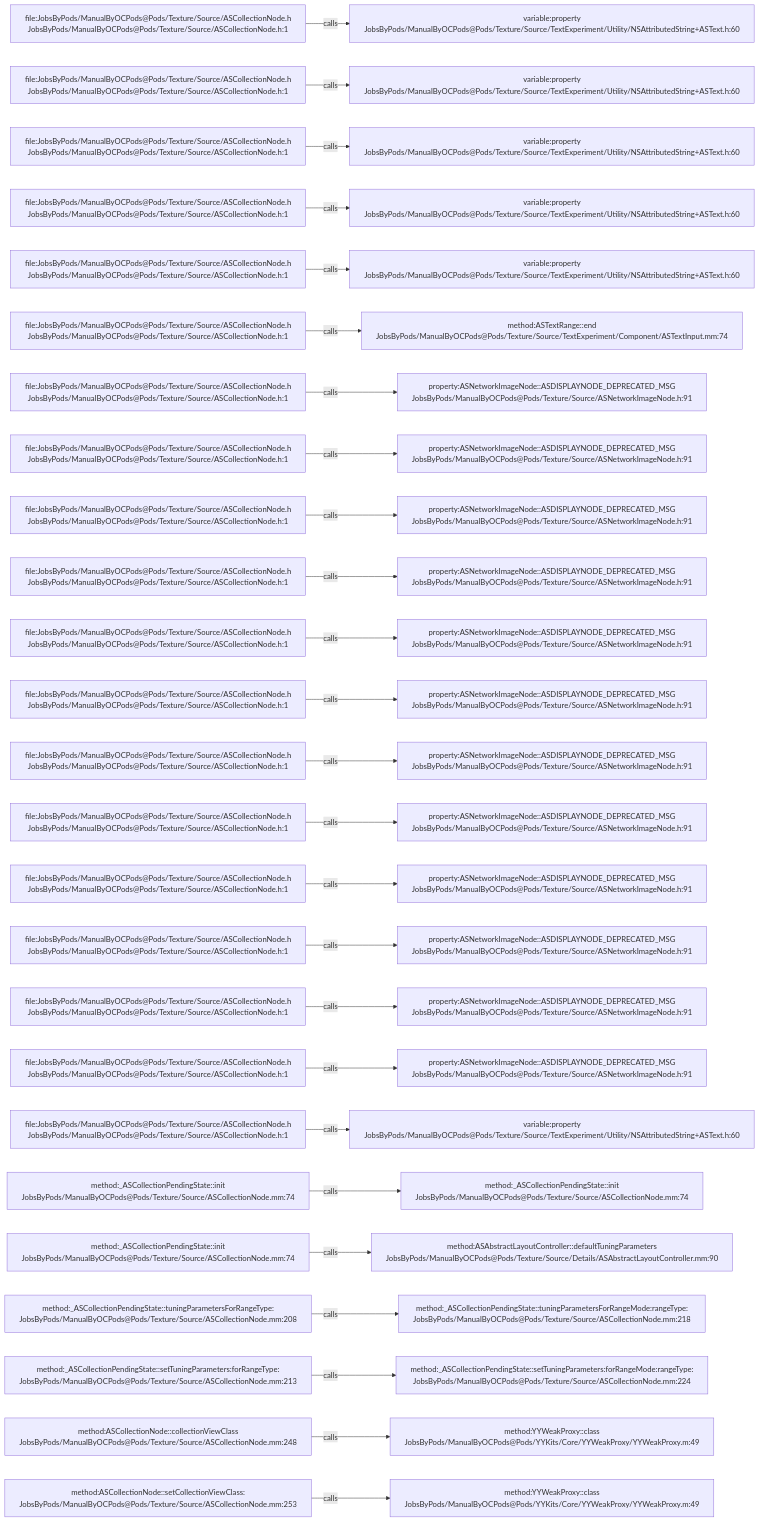
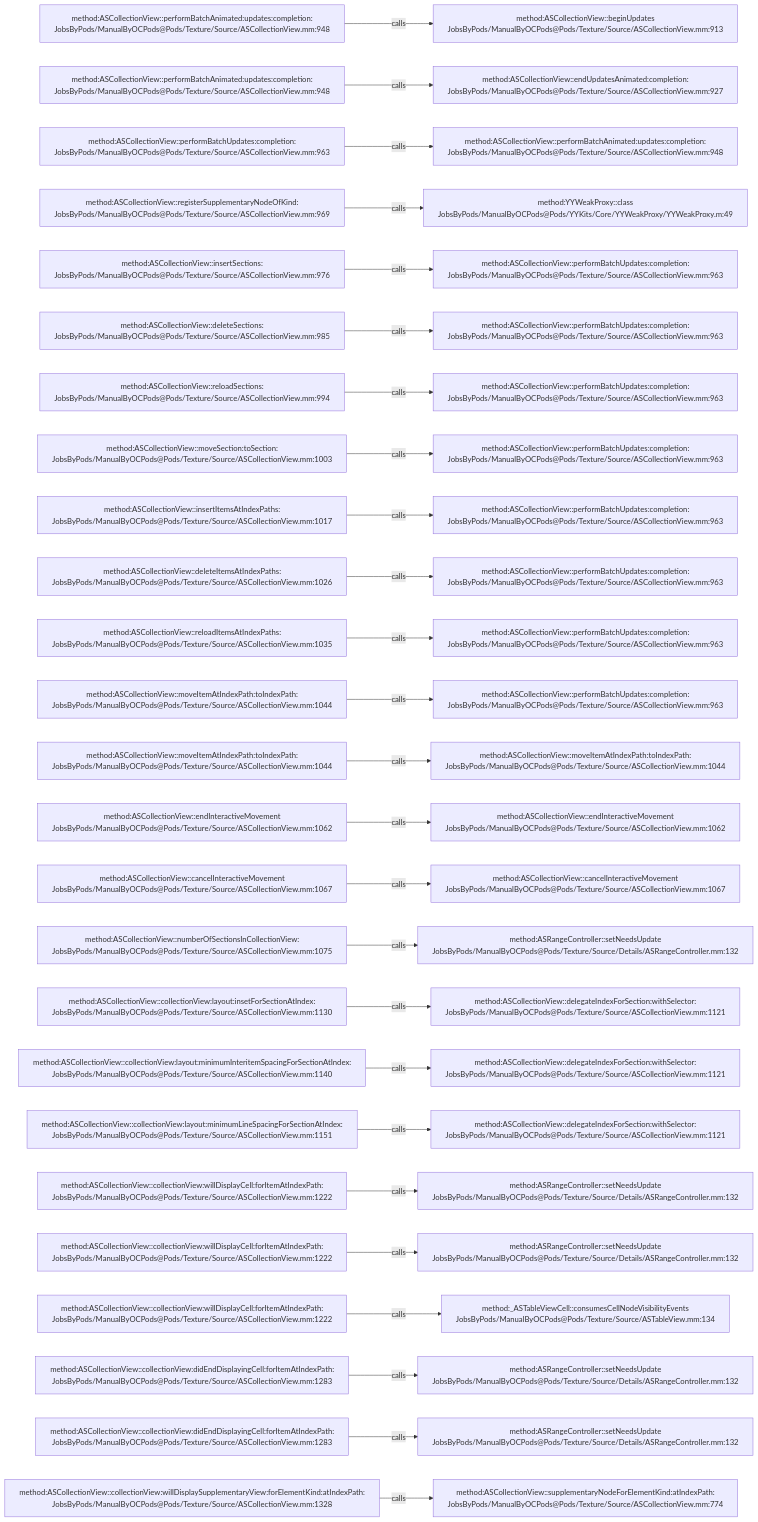
The diagram in .codegraph/codegraph.md/graphs/calls-083.md (JobsKits/JobsOCBaseConfigDemo), drawn with Mermaid before and after one commit. The commit also changed 1223 other files, not shown here.

````diff
--- a/.codegraph/codegraph.md/graphs/calls-083.md
+++ b/.codegraph/codegraph.md/graphs/calls-083.md
@@ -13,78 +13,78 @@
 ```mermaid
 flowchart LR
-  S1["file:JobsByPods/ManualByOCPods@Pods/Texture/Source/ASCollectionNode.h<br/>JobsByPods/ManualByOCPods@Pods/Texture/Source/ASCollectionNode.h:1"]
-  T1["variable:property<br/>JobsByPods/ManualByOCPods@Pods/Texture/Source/TextExperiment/Utility/NSAttributedString+ASText.h:60"]
+  S1["method:ASCollectionView::performBatchAnimated:updates:completion:<br/>JobsByPods/ManualByOCPods@Pods/Texture/Source/ASCollectionView.mm:948"]
+  T1["method:ASCollectionView::beginUpdates<br/>JobsByPods/ManualByOCPods@Pods/Texture/Source/ASCollectionView.mm:913"]
   S1 -->|calls| T1
-  S2["file:JobsByPods/ManualByOCPods@Pods/Texture/Source/ASCollectionNode.h<br/>JobsByPods/ManualByOCPods@Pods/Texture/Source/ASCollectionNode.h:1"]
-  T2["variable:property<br/>JobsByPods/ManualByOCPods@Pods/Texture/Source/TextExperiment/Utility/NSAttributedString+ASText.h:60"]
+  S2["method:ASCollectionView::performBatchAnimated:updates:completion:<br/>JobsByPods/ManualByOCPods@Pods/Texture/Source/ASCollectionView.mm:948"]
+  T2["method:ASCollectionView::endUpdatesAnimated:completion:<br/>JobsByPods/ManualByOCPods@Pods/Texture/Source/ASCollectionView.mm:927"]
   S2 -->|calls| T2
-  S3["file:JobsByPods/ManualByOCPods@Pods/Texture/Source/ASCollectionNode.h<br/>JobsByPods/ManualByOCPods@Pods/Texture/Source/ASCollectionNode.h:1"]
-  T3["variable:property<br/>JobsByPods/ManualByOCPods@Pods/Texture/Source/TextExperiment/Utility/NSAttributedString+ASText.h:60"]
+  S3["method:ASCollectionView::performBatchUpdates:completion:<br/>JobsByPods/ManualByOCPods@Pods/Texture/Source/ASCollectionView.mm:963"]
+  T3["method:ASCollectionView::performBatchAnimated:updates:completion:<br/>JobsByPods/ManualByOCPods@Pods/Texture/Source/ASCollectionView.mm:948"]
   S3 -->|calls| T3
-  S4["file:JobsByPods/ManualByOCPods@Pods/Texture/Source/ASCollectionNode.h<br/>JobsByPods/ManualByOCPods@Pods/Texture/Source/ASCollectionNode.h:1"]
-  T4["variable:property<br/>JobsByPods/ManualByOCPods@Pods/Texture/Source/TextExperiment/Utility/NSAttributedString+ASText.h:60"]
+  S4["method:ASCollectionView::registerSupplementaryNodeOfKind:<br/>JobsByPods/ManualByOCPods@Pods/Texture/Source/ASCollectionView.mm:969"]
+  T4["method:YYWeakProxy::class<br/>JobsByPods/ManualByOCPods@Pods/YYKits/Core/YYWeakProxy/YYWeakProxy.m:49"]
   S4 -->|calls| T4
-  S5["file:JobsByPods/ManualByOCPods@Pods/Texture/Source/ASCollectionNode.h<br/>JobsByPods/ManualByOCPods@Pods/Texture/Source/ASCollectionNode.h:1"]
-  T5["variable:property<br/>JobsByPods/ManualByOCPods@Pods/Texture/Source/TextExperiment/Utility/NSAttributedString+ASText.h:60"]
+  S5["method:ASCollectionView::insertSections:<br/>JobsByPods/ManualByOCPods@Pods/Texture/Source/ASCollectionView.mm:976"]
+  T5["method:ASCollectionView::performBatchUpdates:completion:<br/>JobsByPods/ManualByOCPods@Pods/Texture/Source/ASCollectionView.mm:963"]
   S5 -->|calls| T5
-  S6["file:JobsByPods/ManualByOCPods@Pods/Texture/Source/ASCollectionNode.h<br/>JobsByPods/ManualByOCPods@Pods/Texture/Source/ASCollectionNode.h:1"]
-  T6["method:ASTextRange::end<br/>JobsByPods/ManualByOCPods@Pods/Texture/Source/TextExperiment/Component/ASTextInput.mm:74"]
+  S6["method:ASCollectionView::deleteSections:<br/>JobsByPods/ManualByOCPods@Pods/Texture/Source/ASCollectionView.mm:985"]
+  T6["method:ASCollectionView::performBatchUpdates:completion:<br/>JobsByPods/ManualByOCPods@Pods/Texture/Source/ASCollectionView.mm:963"]
   S6 -->|calls| T6
-  S7["file:JobsByPods/ManualByOCPods@Pods/Texture/Source/ASCollectionNode.h<br/>JobsByPods/ManualByOCPods@Pods/Texture/Source/ASCollectionNode.h:1"]
-  T7["property:ASNetworkImageNode::ASDISPLAYNODE_DEPRECATED_MSG<br/>JobsByPods/ManualByOCPods@Pods/Texture/Source/ASNetworkImageNode.h:91"]
+  S7["method:ASCollectionView::reloadSections:<br/>JobsByPods/ManualByOCPods@Pods/Texture/Source/ASCollectionView.mm:994"]
+  T7["method:ASCollectionView::performBatchUpdates:completion:<br/>JobsByPods/ManualByOCPods@Pods/Texture/Source/ASCollectionView.mm:963"]
   S7 -->|calls| T7
-  S8["file:JobsByPods/ManualByOCPods@Pods/Texture/Source/ASCollectionNode.h<br/>JobsByPods/ManualByOCPods@Pods/Texture/Source/ASCollectionNode.h:1"]
-  T8["property:ASNetworkImageNode::ASDISPLAYNODE_DEPRECATED_MSG<br/>JobsByPods/ManualByOCPods@Pods/Texture/Source/ASNetworkImageNode.h:91"]
+  S8["method:ASCollectionView::moveSection:toSection:<br/>JobsByPods/ManualByOCPods@Pods/Texture/Source/ASCollectionView.mm:1003"]
+  T8["method:ASCollectionView::performBatchUpdates:completion:<br/>JobsByPods/ManualByOCPods@Pods/Texture/Source/ASCollectionView.mm:963"]
   S8 -->|calls| T8
-  S9["file:JobsByPods/ManualByOCPods@Pods/Texture/Source/ASCollectionNode.h<br/>JobsByPods/ManualByOCPods@Pods/Texture/Source/ASCollectionNode.h:1"]
-  T9["property:ASNetworkImageNode::ASDISPLAYNODE_DEPRECATED_MSG<br/>JobsByPods/ManualByOCPods@Pods/Texture/Source/ASNetworkImageNode.h:91"]
+  S9["method:ASCollectionView::insertItemsAtIndexPaths:<br/>JobsByPods/ManualByOCPods@Pods/Texture/Source/ASCollectionView.mm:1017"]
+  T9["method:ASCollectionView::performBatchUpdates:completion:<br/>JobsByPods/ManualByOCPods@Pods/Texture/Source/ASCollectionView.mm:963"]
   S9 -->|calls| T9
-  S10["file:JobsByPods/ManualByOCPods@Pods/Texture/Source/ASCollectionNode.h<br/>JobsByPods/ManualByOCPods@Pods/Texture/Source/ASCollectionNode.h:1"]
-  T10["property:ASNetworkImageNode::ASDISPLAYNODE_DEPRECATED_MSG<br/>JobsByPods/ManualByOCPods@Pods/Texture/Source/ASNetworkImageNode.h:91"]
+  S10["method:ASCollectionView::deleteItemsAtIndexPaths:<br/>JobsByPods/ManualByOCPods@Pods/Texture/Source/ASCollectionView.mm:1026"]
+  T10["method:ASCollectionView::performBatchUpdates:completion:<br/>JobsByPods/ManualByOCPods@Pods/Texture/Source/ASCollectionView.mm:963"]
   S10 -->|calls| T10
-  S11["file:JobsByPods/ManualByOCPods@Pods/Texture/Source/ASCollectionNode.h<br/>JobsByPods/ManualByOCPods@Pods/Texture/Source/ASCollectionNode.h:1"]
-  T11["property:ASNetworkImageNode::ASDISPLAYNODE_DEPRECATED_MSG<br/>JobsByPods/ManualByOCPods@Pods/Texture/Source/ASNetworkImageNode.h:91"]
+  S11["method:ASCollectionView::reloadItemsAtIndexPaths:<br/>JobsByPods/ManualByOCPods@Pods/Texture/Source/ASCollectionView.mm:1035"]
+  T11["method:ASCollectionView::performBatchUpdates:completion:<br/>JobsByPods/ManualByOCPods@Pods/Texture/Source/ASCollectionView.mm:963"]
   S11 -->|calls| T11
-  S12["file:JobsByPods/ManualByOCPods@Pods/Texture/Source/ASCollectionNode.h<br/>JobsByPods/ManualByOCPods@Pods/Texture/Source/ASCollectionNode.h:1"]
-  T12["property:ASNetworkImageNode::ASDISPLAYNODE_DEPRECATED_MSG<br/>JobsByPods/ManualByOCPods@Pods/Texture/Source/ASNetworkImageNode.h:91"]
+  S12["method:ASCollectionView::moveItemAtIndexPath:toIndexPath:<br/>JobsByPods/ManualByOCPods@Pods/Texture/Source/ASCollectionView.mm:1044"]
+  T12["method:ASCollectionView::performBatchUpdates:completion:<br/>JobsByPods/ManualByOCPods@Pods/Texture/Source/ASCollectionView.mm:963"]
   S12 -->|calls| T12
-  S13["file:JobsByPods/ManualByOCPods@Pods/Texture/Source/ASCollectionNode.h<br/>JobsByPods/ManualByOCPods@Pods/Texture/Source/ASCollectionNode.h:1"]
-  T13["property:ASNetworkImageNode::ASDISPLAYNODE_DEPRECATED_MSG<br/>JobsByPods/ManualByOCPods@Pods/Texture/Source/ASNetworkImageNode.h:91"]
+  S13["method:ASCollectionView::moveItemAtIndexPath:toIndexPath:<br/>JobsByPods/ManualByOCPods@Pods/Texture/Source/ASCollectionView.mm:1044"]
+  T13["method:ASCollectionView::moveItemAtIndexPath:toIndexPath:<br/>JobsByPods/ManualByOCPods@Pods/Texture/Source/ASCollectionView.mm:1044"]
   S13 -->|calls| T13
-  S14["file:JobsByPods/ManualByOCPods@Pods/Texture/Source/ASCollectionNode.h<br/>JobsByPods/ManualByOCPods@Pods/Texture/Source/ASCollectionNode.h:1"]
-  T14["property:ASNetworkImageNode::ASDISPLAYNODE_DEPRECATED_MSG<br/>JobsByPods/ManualByOCPods@Pods/Texture/Source/ASNetworkImageNode.h:91"]
+  S14["method:ASCollectionView::endInteractiveMovement<br/>JobsByPods/ManualByOCPods@Pods/Texture/Source/ASCollectionView.mm:1062"]
+  T14["method:ASCollectionView::endInteractiveMovement<br/>JobsByPods/ManualByOCPods@Pods/Texture/Source/ASCollectionView.mm:1062"]
   S14 -->|calls| T14
-  S15["file:JobsByPods/ManualByOCPods@Pods/Texture/Source/ASCollectionNode.h<br/>JobsByPods/ManualByOCPods@Pods/Texture/Source/ASCollectionNode.h:1"]
-  T15["property:ASNetworkImageNode::ASDISPLAYNODE_DEPRECATED_MSG<br/>JobsByPods/ManualByOCPods@Pods/Texture/Source/ASNetworkImageNode.h:91"]
+  S15["method:ASCollectionView::cancelInteractiveMovement<br/>JobsByPods/ManualByOCPods@Pods/Texture/Source/ASCollectionView.mm:1067"]
+  T15["method:ASCollectionView::cancelInteractiveMovement<br/>JobsByPods/ManualByOCPods@Pods/Texture/Source/ASCollectionView.mm:1067"]
   S15 -->|calls| T15
-  S16["file:JobsByPods/ManualByOCPods@Pods/Texture/Source/ASCollectionNode.h<br/>JobsByPods/ManualByOCPods@Pods/Texture/Source/ASCollectionNode.h:1"]
-  T16["property:ASNetworkImageNode::ASDISPLAYNODE_DEPRECATED_MSG<br/>JobsByPods/ManualByOCPods@Pods/Texture/Source/ASNetworkImageNode.h:91"]
+  S16["method:ASCollectionView::numberOfSectionsInCollectionView:<br/>JobsByPods/ManualByOCPods@Pods/Texture/Source/ASCollectionView.mm:1075"]
+  T16["method:ASRangeController::setNeedsUpdate<br/>JobsByPods/ManualByOCPods@Pods/Texture/Source/Details/ASRangeController.mm:132"]
   S16 -->|calls| T16
-  S17["file:JobsByPods/ManualByOCPods@Pods/Texture/Source/ASCollectionNode.h<br/>JobsByPods/ManualByOCPods@Pods/Texture/Source/ASCollectionNode.h:1"]
-  T17["property:ASNetworkImageNode::ASDISPLAYNODE_DEPRECATED_MSG<br/>JobsByPods/ManualByOCPods@Pods/Texture/Source/ASNetworkImageNode.h:91"]
+  S17["method:ASCollectionView::collectionView:layout:insetForSectionAtIndex:<br/>JobsByPods/ManualByOCPods@Pods/Texture/Source/ASCollectionView.mm:1130"]
+  T17["method:ASCollectionView::delegateIndexForSection:withSelector:<br/>JobsByPods/ManualByOCPods@Pods/Texture/Source/ASCollectionView.mm:1121"]
   S17 -->|calls| T17
-  S18["file:JobsByPods/ManualByOCPods@Pods/Texture/Source/ASCollectionNode.h<br/>JobsByPods/ManualByOCPods@Pods/Texture/Source/ASCollectionNode.h:1"]
-  T18["property:ASNetworkImageNode::ASDISPLAYNODE_DEPRECATED_MSG<br/>JobsByPods/ManualByOCPods@Pods/Texture/Source/ASNetworkImageNode.h:91"]
+  S18["method:ASCollectionView::collectionView:layout:minimumInteritemSpacingForSectionAtIndex:<br/>JobsByPods/ManualByOCPods@Pods/Texture/Source/ASCollectionView.mm:1140"]
+  T18["method:ASCollectionView::delegateIndexForSection:withSelector:<br/>JobsByPods/ManualByOCPods@Pods/Texture/Source/ASCollectionView.mm:1121"]
   S18 -->|calls| T18
-  S19["file:JobsByPods/ManualByOCPods@Pods/Texture/Source/ASCollectionNode.h<br/>JobsByPods/ManualByOCPods@Pods/Texture/Source/ASCollectionNode.h:1"]
-  T19["variable:property<br/>JobsByPods/ManualByOCPods@Pods/Texture/Source/TextExperiment/Utility/NSAttributedString+ASText.h:60"]
+  S19["method:ASCollectionView::collectionView:layout:minimumLineSpacingForSectionAtIndex:<br/>JobsByPods/ManualByOCPods@Pods/Texture/Source/ASCollectionView.mm:1151"]
+  T19["method:ASCollectionView::delegateIndexForSection:withSelector:<br/>JobsByPods/ManualByOCPods@Pods/Texture/Source/ASCollectionView.mm:1121"]
   S19 -->|calls| T19
-  S20["method:_ASCollectionPendingState::init<br/>JobsByPods/ManualByOCPods@Pods/Texture/Source/ASCollectionNode.mm:74"]
-  T20["method:_ASCollectionPendingState::init<br/>JobsByPods/ManualByOCPods@Pods/Texture/Source/ASCollectionNode.mm:74"]
+  S20["method:ASCollectionView::collectionView:willDisplayCell:forItemAtIndexPath:<br/>JobsByPods/ManualByOCPods@Pods/Texture/Source/ASCollectionView.mm:1222"]
+  T20["method:ASRangeController::setNeedsUpdate<br/>JobsByPods/ManualByOCPods@Pods/Texture/Source/Details/ASRangeController.mm:132"]
   S20 -->|calls| T20
-  S21["method:_ASCollectionPendingState::init<br/>JobsByPods/ManualByOCPods@Pods/Texture/Source/ASCollectionNode.mm:74"]
-  T21["method:ASAbstractLayoutController::defaultTuningParameters<br/>JobsByPods/ManualByOCPods@Pods/Texture/Source/Details/ASAbstractLayoutController.mm:90"]
+  S21["method:ASCollectionView::collectionView:willDisplayCell:forItemAtIndexPath:<br/>JobsByPods/ManualByOCPods@Pods/Texture/Source/ASCollectionView.mm:1222"]
+  T21["method:ASRangeController::setNeedsUpdate<br/>JobsByPods/ManualByOCPods@Pods/Texture/Source/Details/ASRangeController.mm:132"]
   S21 -->|calls| T21
-  S22["method:_ASCollectionPendingState::tuningParametersForRangeType:<br/>JobsByPods/ManualByOCPods@Pods/Texture/Source/ASCollectionNode.mm:208"]
-  T22["method:_ASCollectionPendingState::tuningParametersForRangeMode:rangeType:<br/>JobsByPods/ManualByOCPods@Pods/Texture/Source/ASCollectionNode.mm:218"]
+  S22["method:ASCollectionView::collectionView:willDisplayCell:forItemAtIndexPath:<br/>JobsByPods/ManualByOCPods@Pods/Texture/Source/ASCollectionView.mm:1222"]
+  T22["method:_ASTableViewCell::consumesCellNodeVisibilityEvents<br/>JobsByPods/ManualByOCPods@Pods/Texture/Source/ASTableView.mm:134"]
   S22 -->|calls| T22
-  S23["method:_ASCollectionPendingState::setTuningParameters:forRangeType:<br/>JobsByPods/ManualByOCPods@Pods/Texture/Source/ASCollectionNode.mm:213"]
-  T23["method:_ASCollectionPendingState::setTuningParameters:forRangeMode:rangeType:<br/>JobsByPods/ManualByOCPods@Pods/Texture/Source/ASCollectionNode.mm:224"]
+  S23["method:ASCollectionView::collectionView:didEndDisplayingCell:forItemAtIndexPath:<br/>JobsByPods/ManualByOCPods@Pods/Texture/Source/ASCollectionView.mm:1283"]
+  T23["method:ASRangeController::setNeedsUpdate<br/>JobsByPods/ManualByOCPods@Pods/Texture/Source/Details/ASRangeController.mm:132"]
   S23 -->|calls| T23
-  S24["method:ASCollectionNode::collectionViewClass<br/>JobsByPods/ManualByOCPods@Pods/Texture/Source/ASCollectionNode.mm:248"]
-  T24["method:YYWeakProxy::class<br/>JobsByPods/ManualByOCPods@Pods/YYKits/Core/YYWeakProxy/YYWeakProxy.m:49"]
+  S24["method:ASCollectionView::collectionView:didEndDisplayingCell:forItemAtIndexPath:<br/>JobsByPods/ManualByOCPods@Pods/Texture/Source/ASCollectionView.mm:1283"]
+  T24["method:ASRangeController::setNeedsUpdate<br/>JobsByPods/ManualByOCPods@Pods/Texture/Source/Details/ASRangeController.mm:132"]
   S24 -->|calls| T24
-  S25["method:ASCollectionNode::setCollectionViewClass:<br/>JobsByPods/ManualByOCPods@Pods/Texture/Source/ASCollectionNode.mm:253"]
-  T25["method:YYWeakProxy::class<br/>JobsByPods/ManualByOCPods@Pods/YYKits/Core/YYWeakProxy/YYWeakProxy.m:49"]
+  S25["method:ASCollectionView::collectionView:willDisplaySupplementaryView:forElementKind:atIndexPath:<br/>JobsByPods/ManualByOCPods@Pods/Texture/Source/ASCollectionView.mm:1328"]
+  T25["method:ASCollectionView::supplementaryNodeForElementKind:atIndexPath:<br/>JobsByPods/ManualByOCPods@Pods/Texture/Source/ASCollectionView.mm:774"]
   S25 -->|calls| T25
 ```
````
